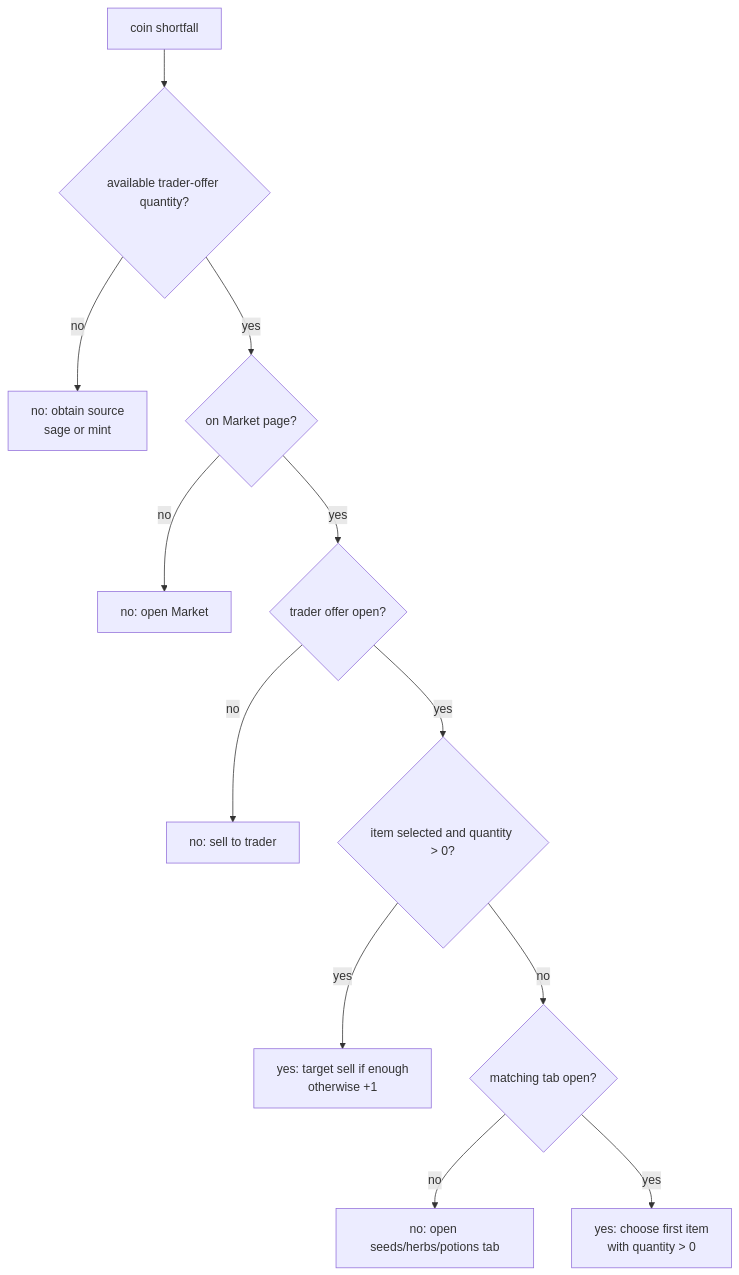
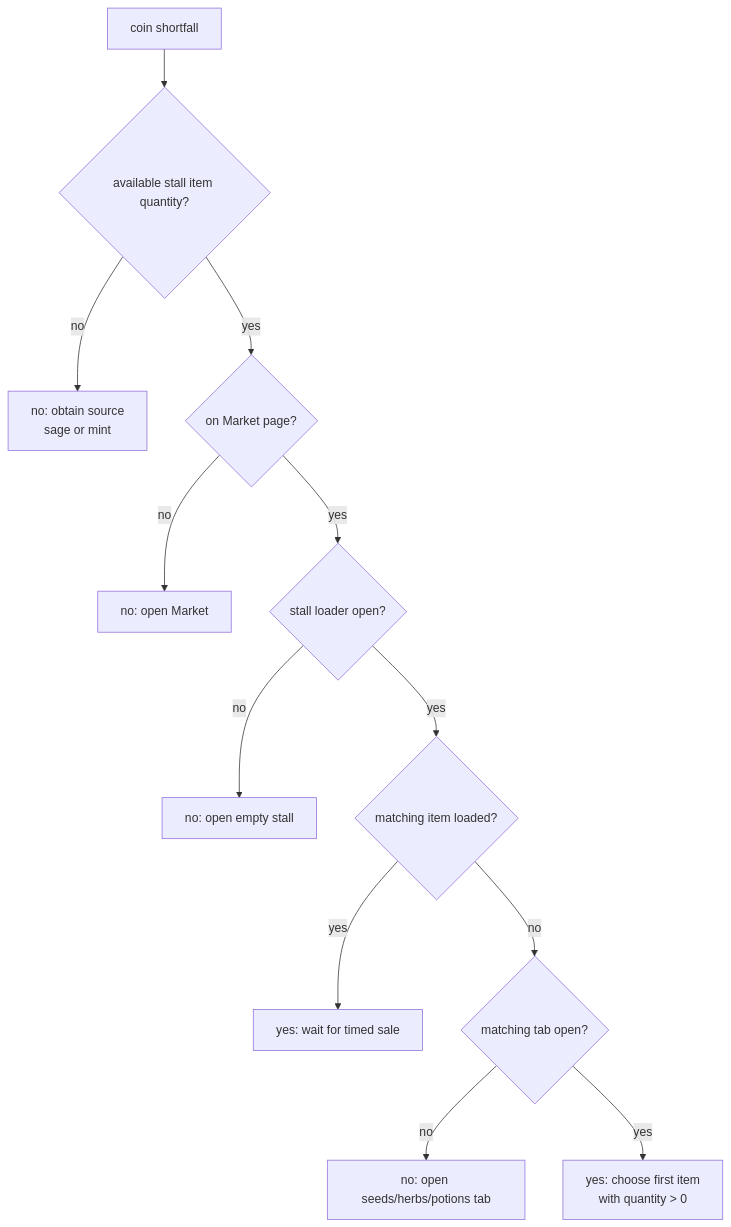
Before and after one commit to DavStep/idle-wizard: the second of 2 diagrams in docs/tutorial-flow.md, drawn with Mermaid. The commit also changed other lines of this file and 84 other files, not shown here.

````diff
--- a/docs/tutorial-flow.md
+++ b/docs/tutorial-flow.md
@@ -144,27 +141,27 @@
 ```mermaid
 flowchart TD
   G00["coin shortfall"]
-  G01{"available trader-offer quantity?"}
+  G01{"available stall item quantity?"}
   G02["no: obtain source<br/>sage or mint"]
   G03{"on Market page?"}
   G04["no: open Market"]
-  G05{"trader offer open?"}
-  G06["no: sell to trader"]
-  G07{"item selected and quantity > 0?"}
-  G08["yes: target sell if enough<br/>otherwise +1"]
+  G05{"stall loader open?"}
+  G06["no: open empty stall"]
+  G07{"matching item loaded?"}
+  G08["yes: wait for timed sale"]
   G09{"matching tab open?"}
   G10["no: open seeds/herbs/potions tab"]
   G11["yes: choose first item<br/>with quantity > 0"]
 
   G00 --> G01
   G01 -->|"no"| G02
   G01 -->|"yes"| G03
   G03 -->|"no"| G04
   G03 -->|"yes"| G05
   G05 -->|"no"| G06
   G05 -->|"yes"| G07
   G07 -->|"yes"| G08
   G07 -->|"no"| G09
   G09 -->|"no"| G10
   G09 -->|"yes"| G11
 ```
````
